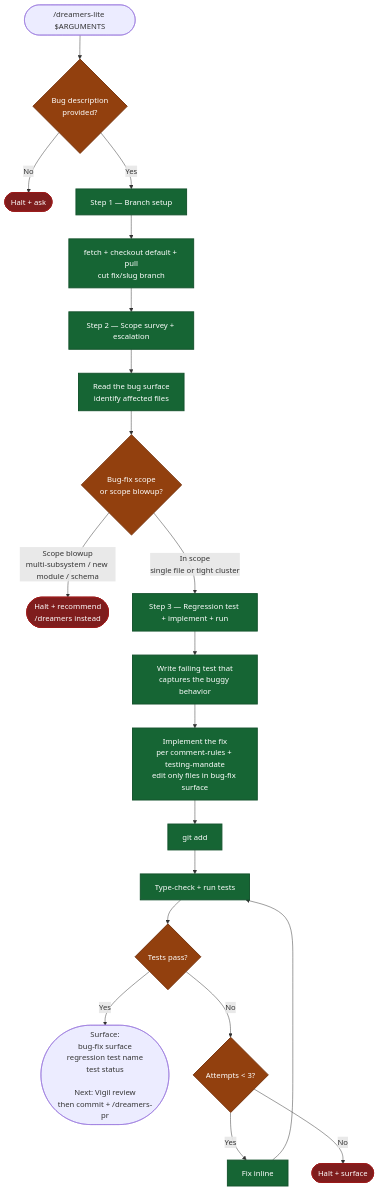
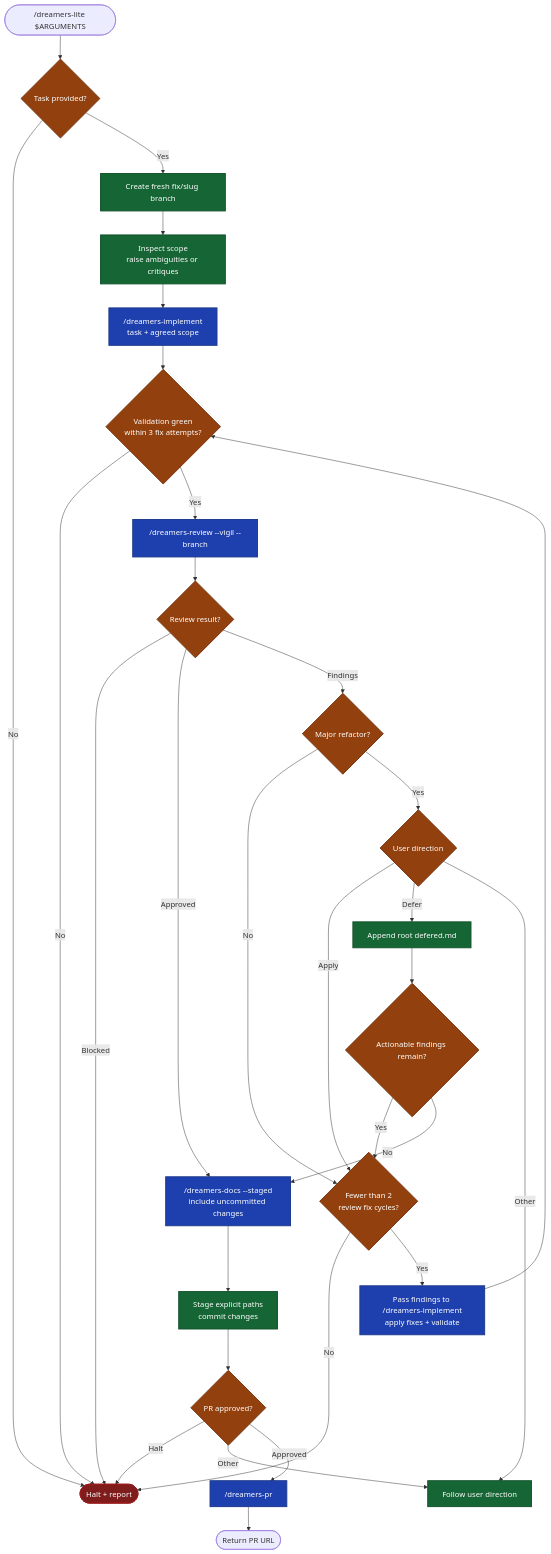
Before and after one commit to mrStorrs/dreamers-copilot: the diagram in .github/skills/dreamers-lite/readme.md, drawn with Mermaid. The commit also changed other lines of this file and 29 other files, not shown here.

````diff
--- a/.github/skills/dreamers-lite/readme.md
+++ b/.github/skills/dreamers-lite/readme.md
@@ -5,33 +5,41 @@
 ```mermaid
 flowchart TD
-    Start(["/dreamers-lite $ARGUMENTS"]) --> ArgCheck{"Bug description<br/>provided?"}
-    ArgCheck -->|No| HaltA(["Halt + ask"])
-    ArgCheck -->|Yes| S1
+    Start(["/dreamers-lite $ARGUMENTS"]) --> Task{"Task provided?"}
+    Task -->|No| Halt(["Halt + report"])
+    Task -->|Yes| Branch["Create fresh fix/slug branch"]
+    Branch --> Scope["Inspect scope<br/>raise ambiguities or critiques"]
+    Scope --> Implement["/dreamers-implement<br/>task + agreed scope"]
+    Implement --> Tests{"Validation green<br/>within 3 fix attempts?"}
+    Tests -->|No| Halt
+    Tests -->|Yes| Review["/dreamers-review --vigil --branch"]
+    Review --> Result{"Review result?"}
+    Result -->|Blocked| Halt
+    Result -->|Approved| Docs["/dreamers-docs --staged<br/>include uncommitted changes"]
+    Result -->|Findings| Major{"Major refactor?"}
+    Major -->|No| Cap{"Fewer than 2<br/>review fix cycles?"}
+    Major -->|Yes| Choice{"User direction"}
+    Choice -->|Apply| Cap
+    Choice -->|Defer| Deferred["Append root defered.md"]
+    Choice -->|Other| Direction["Follow user direction"]
+    Deferred --> Remaining{"Actionable findings remain?"}
+    Remaining -->|Yes| Cap
+    Remaining -->|No| Docs
+    Cap -->|No| Halt
+    Cap -->|Yes| Fix["Pass findings to /dreamers-implement<br/>apply fixes + validate"]
+    Fix --> Tests
+    Docs --> Commit["Stage explicit paths<br/>commit changes"]
+    Commit --> Approval{"PR approved?"}
+    Approval -->|Halt| Halt
+    Approval -->|Other| Direction
+    Approval -->|Approved| PR["/dreamers-pr"]
+    PR --> Done(["Return PR URL"])
 
-    S1["Step 1 — Branch setup"] --> Branch["fetch + checkout default + pull<br/>cut fix/slug branch"]
-    Branch --> S2
-
-    S2["Step 2 — Scope survey + escalation"] --> Survey["Read the bug surface<br/>identify affected files"]
-    Survey --> ScopeCheck{"Bug-fix scope<br/>or scope blowup?"}
-    ScopeCheck -->|"Scope blowup<br/>multi-subsystem / new module / schema"| HaltB(["Halt + recommend<br/>/dreamers instead"])
-    ScopeCheck -->|"In scope<br/>single file or tight cluster"| S3
-
-    S3["Step 3 — Regression test + implement + run"] --> WriteTest["Write failing test that<br/>captures the buggy behavior"]
-    WriteTest --> Implement["Implement the fix<br/>per comment-rules + testing-mandate<br/>edit only files in bug-fix surface"]
-    Implement --> Stage["git add"]
-    Stage --> RunTests["Type-check + run tests"]
-    RunTests --> TestResult{"Tests pass?"}
-    TestResult -->|Yes| End(["Surface:<br/>bug-fix surface<br/>regression test name<br/>test status<br/><br/>Next: Vigil review<br/>then commit + /dreamers-pr"])
-    TestResult -->|No| AttemptCheck{"Attempts < 3?"}
-    AttemptCheck -->|Yes| FixInline["Fix inline"]
-    FixInline --> RunTests
-    AttemptCheck -->|No| HaltC(["Halt + surface"])
-
+    classDef skill fill:#1e40af,stroke:#1e3a8a,stroke-width:2px,color:#fff
     classDef gate fill:#92400e,stroke:#78350f,stroke-width:2px,color:#fff
     classDef halt fill:#7f1d1d,stroke:#991b1b,stroke-width:2px,color:#fff
     classDef phase fill:#166534,stroke:#14532d,stroke-width:2px,color:#fff
-
-    class ArgCheck,ScopeCheck,TestResult,AttemptCheck gate
-    class HaltA,HaltB,HaltC halt
-    class S1,S2,S3,Branch,Survey,WriteTest,Implement,Stage,RunTests,FixInline phase
+    class Implement,Review,Fix,Docs,PR skill
+    class Task,Tests,Result,Major,Choice,Remaining,Cap,Approval gate
+    class Halt halt
+    class Branch,Scope,Deferred,Direction,Commit phase
 ```
````
